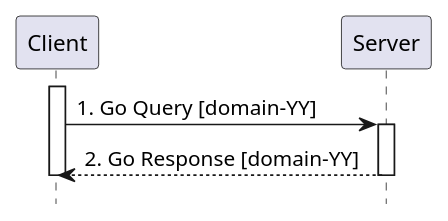
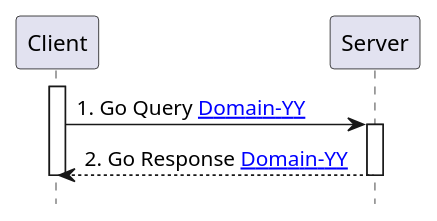
The diagram in input/images-source/usecase1-processflow.plantuml (IHE/supplement-template), drawn with PlantUML before and after one commit. The commit also changed 3 other files, not shown here.

Commit message:
fix support for mermaid, and update plantuml with clickable artifacts.

```diff
--- a/input/images-source/usecase1-processflow.plantuml
+++ b/input/images-source/usecase1-processflow.plantuml
@@ -1,12 +1,12 @@
 @startuml
 skinparam svgDimensionStyle false
 hide footbox
 participant "Client" as Client
 participant "Server" as Server
 activate "Client"
-"Client" -> "Server" : 1. Go Query [domain-YY]
+"Client" -> "Server" : 1. Go Query [[domain-YY.html Domain-YY]]
 activate "Server"
-"Server" --> "Client" : 2. Go Response [domain-YY]
+"Server" --> "Client" : 2. Go Response [[domain-YY.html Domain-YY]]
 deactivate "Client"
 deactivate "Server"
 @enduml
```
